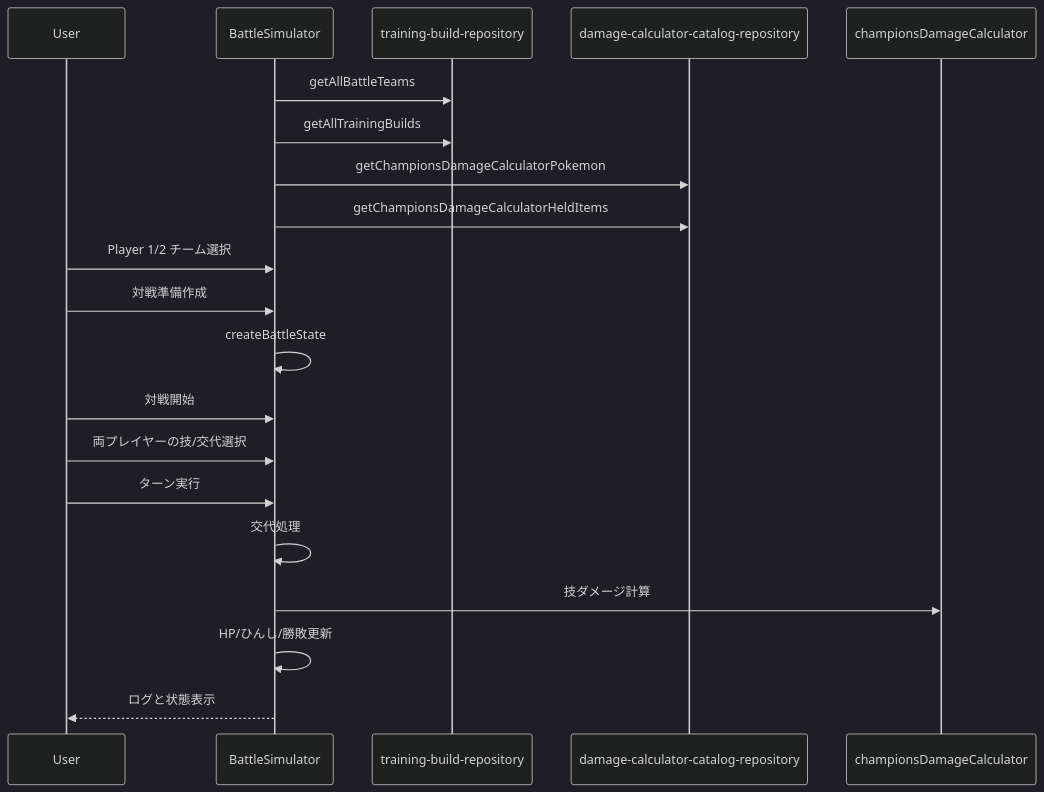
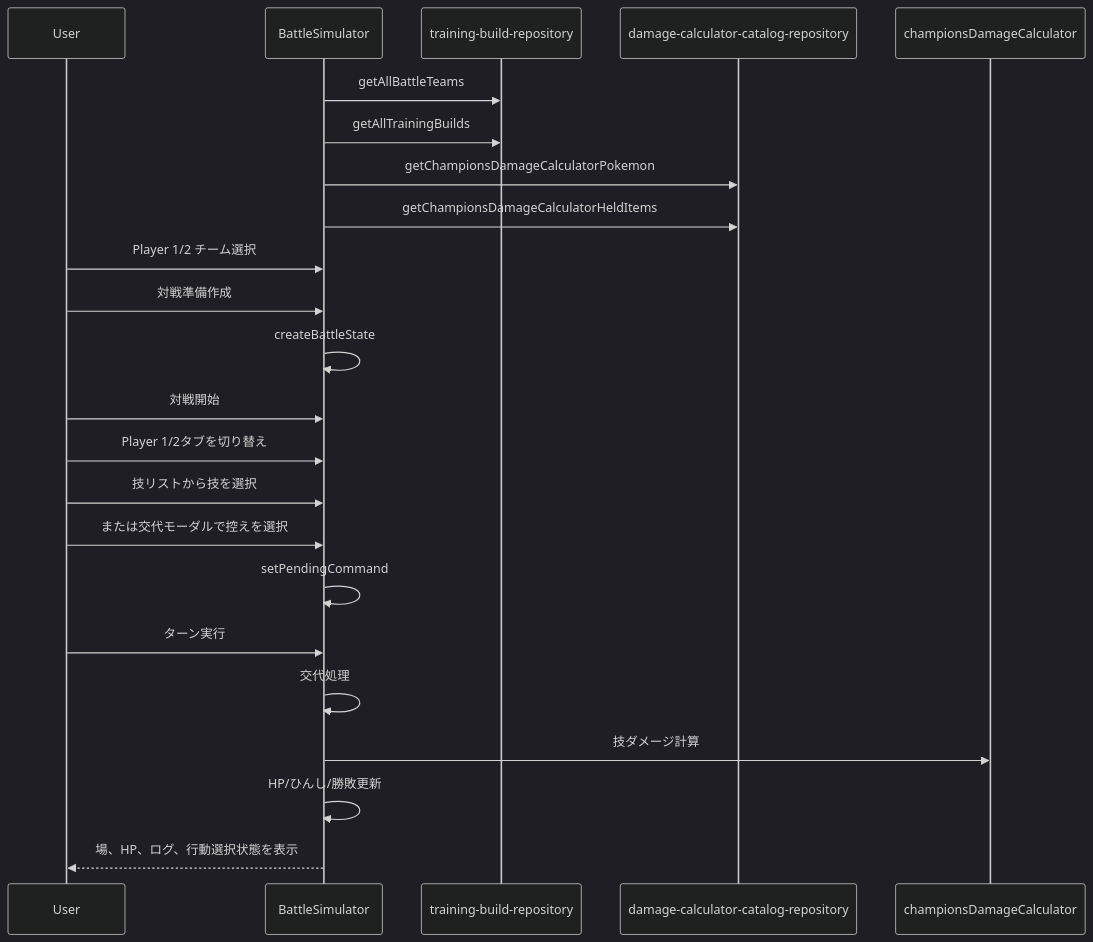
Before and after one commit to mikann-yuji/pokemon-lab: the fifth of 6 diagrams in docs/internal-design/04-use-case-flows.md, drawn with Mermaid (dark theme). The commit also changed 5 other files, not shown here.

````diff
--- a/docs/internal-design/04-use-case-flows.md
+++ b/docs/internal-design/04-use-case-flows.md
@@ -87,23 +87,26 @@
 ```mermaid
 sequenceDiagram
   participant User
   participant UI as BattleSimulator
   participant TeamRepo as training-build-repository
   participant Catalog as damage-calculator-catalog-repository
   participant Calc as championsDamageCalculator
 
   UI->>TeamRepo: getAllBattleTeams
   UI->>TeamRepo: getAllTrainingBuilds
   UI->>Catalog: getChampionsDamageCalculatorPokemon
   UI->>Catalog: getChampionsDamageCalculatorHeldItems
   User->>UI: Player 1/2 チーム選択
   User->>UI: 対戦準備作成
   UI->>UI: createBattleState
   User->>UI: 対戦開始
-  User->>UI: 両プレイヤーの技/交代選択
+  User->>UI: Player 1/2タブを切り替え
+  User->>UI: 技リストから技を選択
+  User->>UI: または交代モーダルで控えを選択
+  UI->>UI: setPendingCommand
   User->>UI: ターン実行
   UI->>UI: 交代処理
   UI->>Calc: 技ダメージ計算
   UI->>UI: HP/ひんし/勝敗更新
-  UI-->>User: ログと状態表示
+  UI-->>User: 場、HP、ログ、行動選択状態を表示
 ```
````
